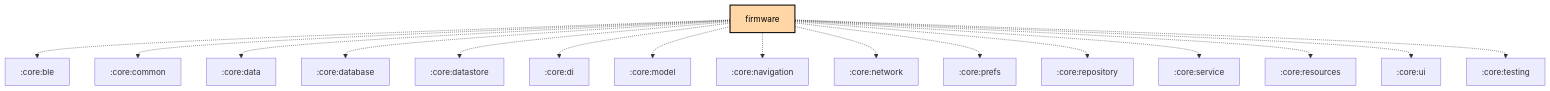
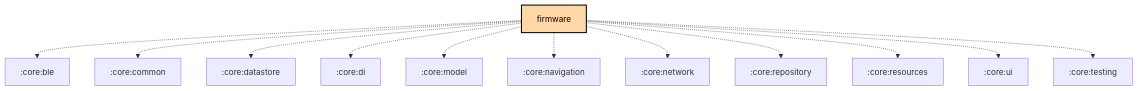
Before and after one commit to meshtastic/Meshtastic-Android: the fifth of 5 diagrams in feature/firmware/README.md, drawn with Mermaid. The commit also changed 14 other files, not shown here.

First line of the commit message:
chore: Scheduled updates (Graphs, Baseline Profile)

````diff
--- a/feature/firmware/README.md
+++ b/feature/firmware/README.md
@@ -136,33 +136,29 @@
 ```mermaid
 graph TB
   :feature:firmware[firmware]:::kmp-feature
   :feature:firmware -.-> :core:ble
   :feature:firmware -.-> :core:common
-  :feature:firmware -.-> :core:data
-  :feature:firmware -.-> :core:database
   :feature:firmware -.-> :core:datastore
   :feature:firmware -.-> :core:di
   :feature:firmware -.-> :core:model
   :feature:firmware -.-> :core:navigation
   :feature:firmware -.-> :core:network
-  :feature:firmware -.-> :core:prefs
   :feature:firmware -.-> :core:repository
-  :feature:firmware -.-> :core:service
   :feature:firmware -.-> :core:resources
   :feature:firmware -.-> :core:ui
   :feature:firmware -.-> :core:testing
 
 classDef android-application fill:#CAFFBF,stroke:#000,stroke-width:2px,color:#000;
 classDef android-application-compose fill:#CAFFBF,stroke:#000,stroke-width:2px,color:#000;
 classDef compose-desktop-application fill:#CAFFBF,stroke:#000,stroke-width:2px,color:#000;
 classDef android-feature fill:#FFD6A5,stroke:#000,stroke-width:2px,color:#000;
 classDef android-library fill:#9BF6FF,stroke:#000,stroke-width:2px,color:#000;
 classDef android-library-compose fill:#9BF6FF,stroke:#000,stroke-width:2px,color:#000;
 classDef android-test fill:#A0C4FF,stroke:#000,stroke-width:2px,color:#000;
 classDef jvm-library fill:#BDB2FF,stroke:#000,stroke-width:2px,color:#000;
 classDef kmp-feature fill:#FFD6A5,stroke:#000,stroke-width:2px,color:#000;
 classDef kmp-library-compose fill:#FFC1CC,stroke:#000,stroke-width:2px,color:#000;
 classDef kmp-library fill:#FFC1CC,stroke:#000,stroke-width:2px,color:#000;
 classDef unknown fill:#FFADAD,stroke:#000,stroke-width:2px,color:#000;
 
 ```
````
